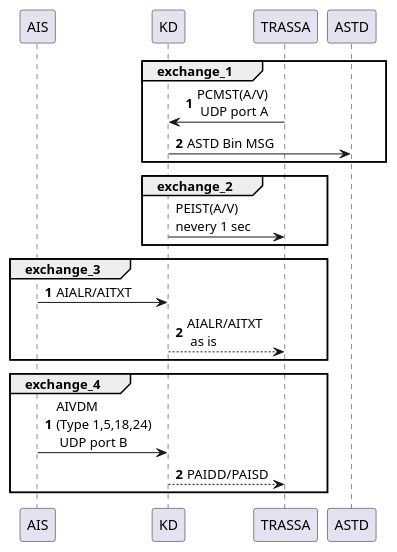
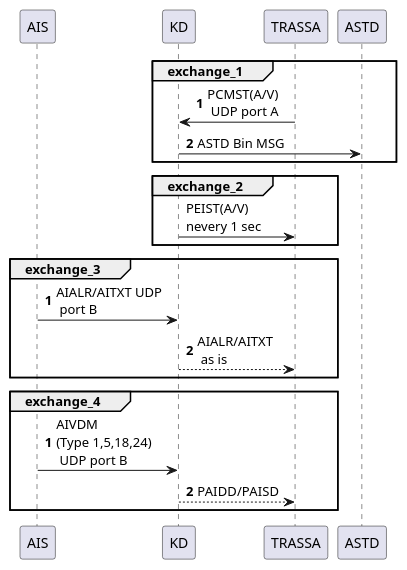
One commit to slukashenkov/fw_v2 changed the diagram in test_bl/test_trassa_plugin/resources_trassa/plugin_diagram.md. Above: the diagram before and after it, drawn with PlantUML. The commit also changed 3 other files, not shown here.

````diff
--- a/test_bl/test_trassa_plugin/resources_trassa/plugin_diagram.md
+++ b/test_bl/test_trassa_plugin/resources_trassa/plugin_diagram.md
@@ -1,31 +1,31 @@
 ```puml
 @startuml
 participant AIS 
 participant KD  
 participant TRASSA
 participant ASTD 
 
 autonumber 01
 group exchange_1
     TRASSA ->KD: PCMST(A/V)\n UDP port A
     KD ->ASTD: ASTD Bin MSG
 end
 
 autonumber stop
 group exchange_2
 KD -> TRASSA: PEIST(A/V)\nnevery 1 sec
 end
 autonumber 01
 group exchange_3
-    AIS ->KD: AIALR/AITXT 
+    AIS ->KD: AIALR/AITXT UDP\n port B
     KD -->TRASSA: AIALR/AITXT\n as is
 end
 autonumber stop
 autonumber 01
 group exchange_4
     AIS ->KD: AIVDM\n(Type 1,5,18,24)\n UDP port B
     KD -->TRASSA: PAIDD/PAISD
 end
 autonumber stop
 @enduml
 ```
````
